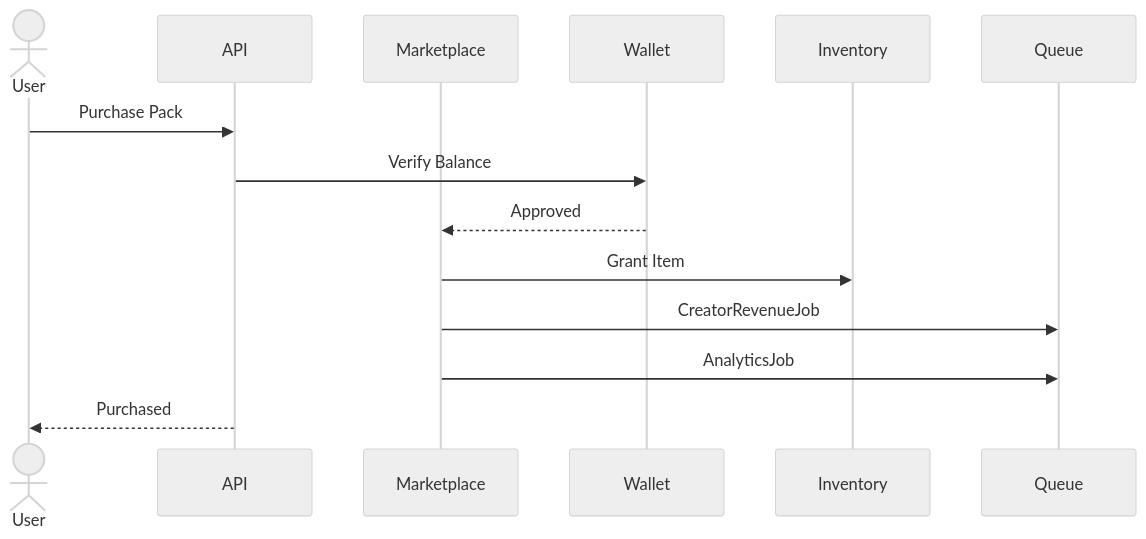
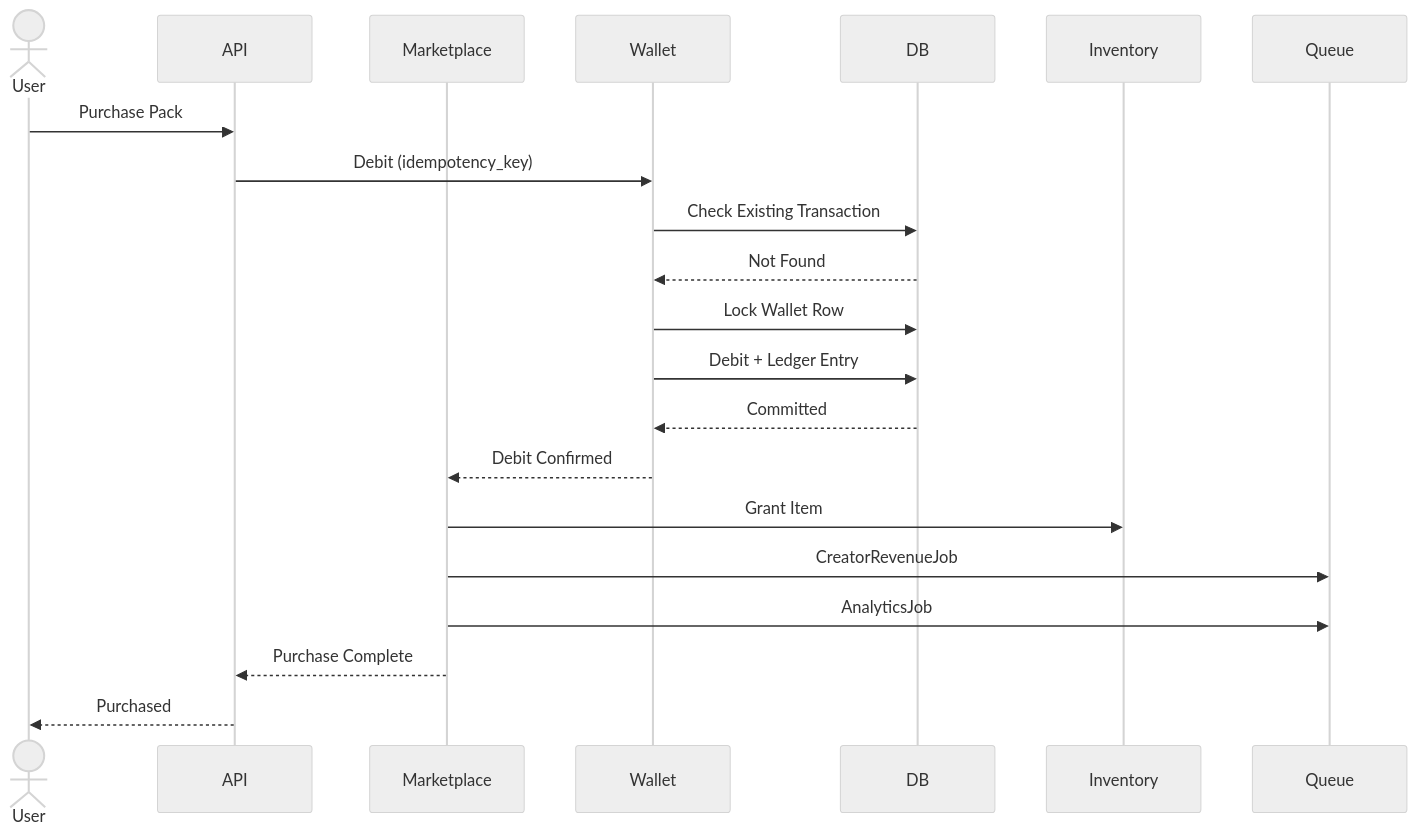
One commit to deasytech/api-yowimo changed the eighth of 20 diagrams in docs/45_SEQUENCE_DIAGRAMS.md. Above: the diagram before and after it, drawn with Mermaid (neutral theme). The commit also changed other lines of this file and 2 other files, not shown here.

Commit message:
fixed markdown

````diff
--- a/docs/45_SEQUENCE_DIAGRAMS.md
+++ b/docs/45_SEQUENCE_DIAGRAMS.md
@@ -340,29 +340,43 @@
 ```mermaid
 sequenceDiagram
 
 actor User
 
 participant API
 
 participant Marketplace
 
 participant Wallet
 
+participant DB
+
 participant Inventory
 
 participant Queue
 
 User->>API: Purchase Pack
 
-API->>Wallet: Verify Balance
+API->>Wallet: Debit (idempotency_key)
 
-Wallet-->>Marketplace: Approved
+Wallet->>DB: Check Existing Transaction
+
+DB-->>Wallet: Not Found
+
+Wallet->>DB: Lock Wallet Row
+
+Wallet->>DB: Debit + Ledger Entry
+
+DB-->>Wallet: Committed
+
+Wallet-->>Marketplace: Debit Confirmed
 
 Marketplace->>Inventory: Grant Item
 
 Marketplace->>Queue: CreatorRevenueJob
 
 Marketplace->>Queue: AnalyticsJob
 
+Marketplace-->>API: Purchase Complete
+
 API-->>User: Purchased
 ```
````
